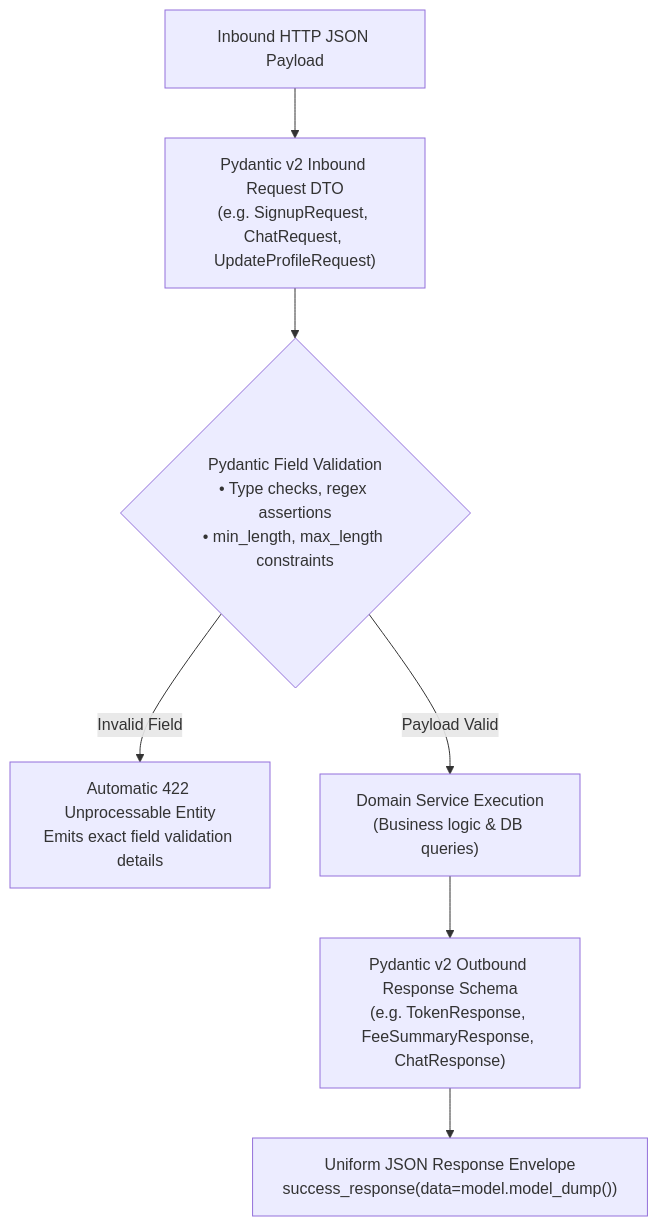
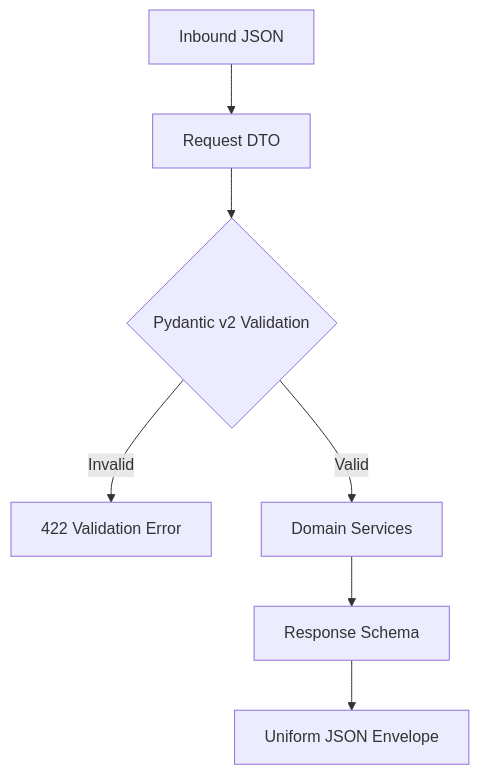
Before and after one commit to nakul-cloud/Intelligent_Student_Support_Agent: the diagram in Intelligent_Student_Support_Agent/app/schemas/README.md, drawn with Mermaid. The commit also changed 28 other files, not shown here.

````diff
--- a/Intelligent_Student_Support_Agent/app/schemas/README.md
+++ b/Intelligent_Student_Support_Agent/app/schemas/README.md
@@ -9,13 +9,11 @@
 ```mermaid
 flowchart TD
-    JSON["Inbound HTTP JSON Payload"] --> InDTO["Pydantic v2 Inbound Request DTO<br/>(e.g. SignupRequest, ChatRequest, UpdateProfileRequest)"]
+    JSON["Inbound JSON"] --> InDTO["Request DTO"]
+    InDTO --> Validation{"Pydantic v2 Validation"}
 
-    InDTO --> Validation{"Pydantic Field Validation<br/>• Type checks, regex assertions<br/>• min_length, max_length constraints"}
+    Validation -- "Invalid" --> Err422["422 Validation Error"]
+    Validation -- "Valid" --> Domain["Domain Services"]
 
-    Validation -- "Invalid Field" --> Err422["Automatic 422 Unprocessable Entity<br/>Emits exact field validation details"]
-    Validation -- "Payload Valid" --> DomainLogic["Domain Service Execution<br/>(Business logic & DB queries)"]
-
-    DomainLogic --> OutDTO["Pydantic v2 Outbound Response Schema<br/>(e.g. TokenResponse, FeeSummaryResponse, ChatResponse)"]
-
-    OutDTO --> Envelope["Uniform JSON Response Envelope<br/>success_response(data=model.model_dump())"]
+    Domain --> OutDTO["Response Schema"]
+    OutDTO --> Envelope["Uniform JSON Envelope"]
 ```
````
